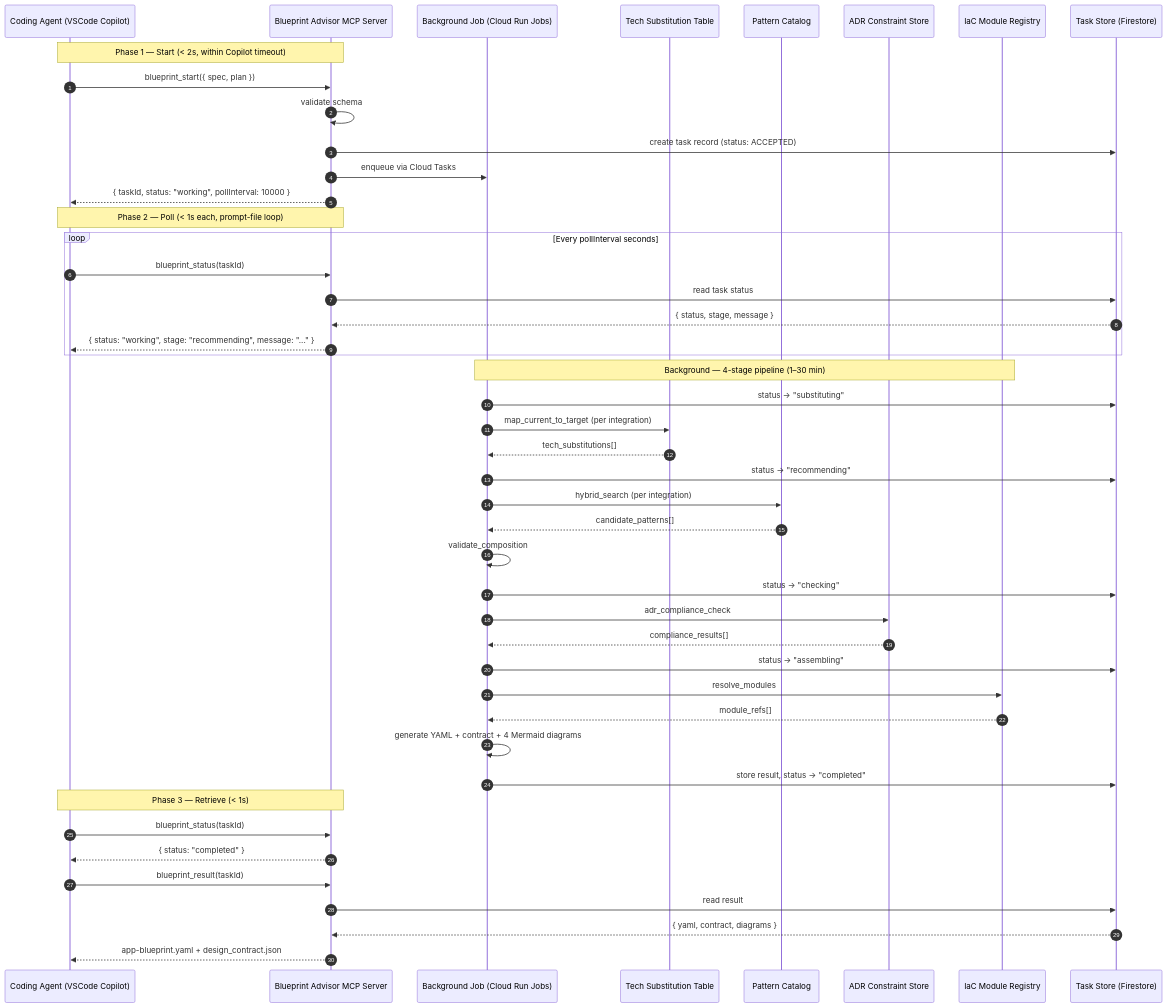
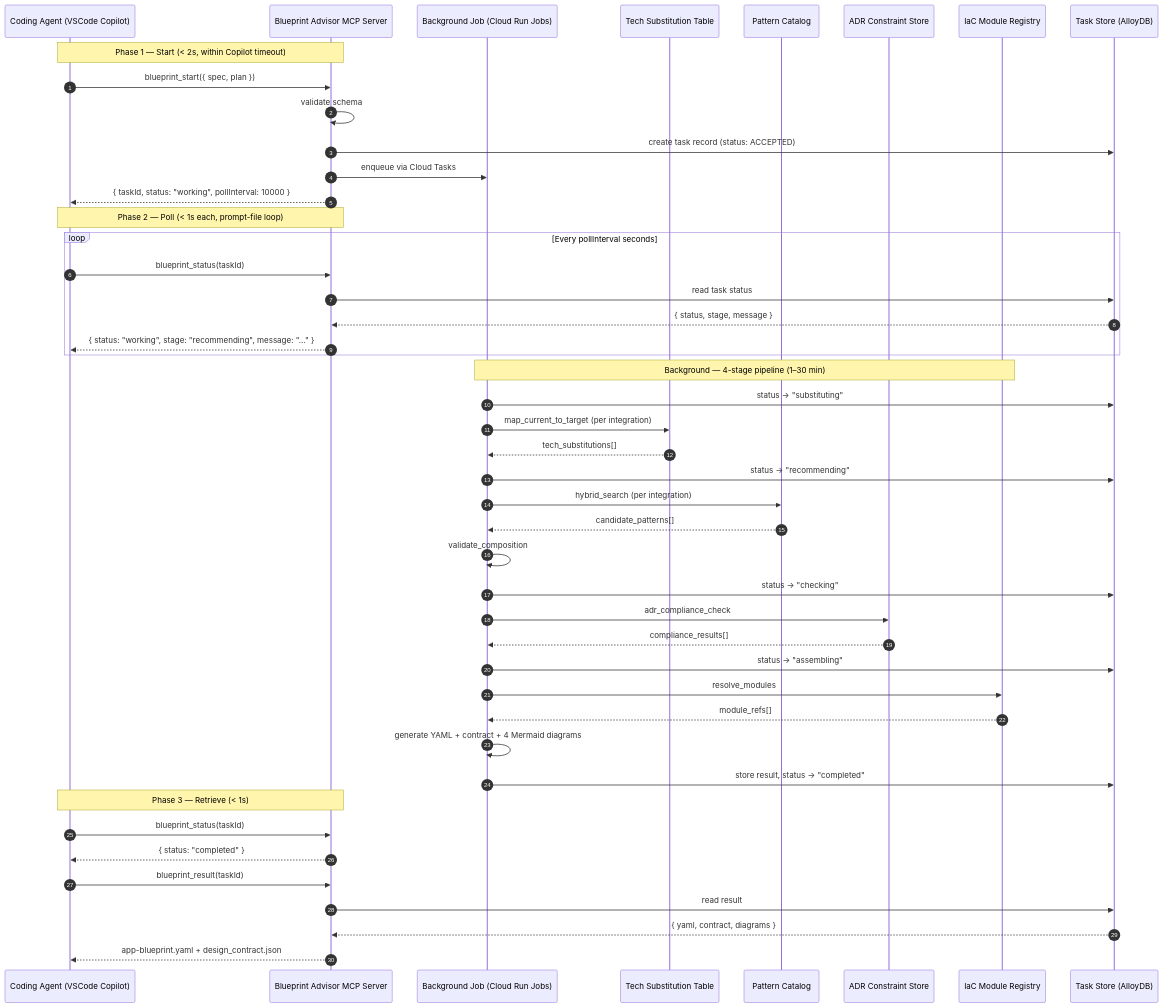
The diagram in csa-tsa-speckit-architecture.md (rnerurkar/engen), drawn with Mermaid before and after one commit. The commit also changed other lines of this file and 5 other files, not shown here.

````diff
--- a/csa-tsa-speckit-architecture.md
+++ b/csa-tsa-speckit-architecture.md
@@ -325,52 +335,52 @@
 ```mermaid
 sequenceDiagram
     autonumber
     participant Agent as Coding Agent (VSCode Copilot)
     participant MCP as Blueprint Advisor MCP Server
     participant BG as Background Job (Cloud Run Jobs)
     participant TS as Tech Substitution Table
     participant PC as Pattern Catalog
     participant ADR as ADR Constraint Store
     participant IAC as IaC Module Registry
-    participant FS as Task Store (Firestore)
+    participant FS as Task Store (AlloyDB)
 
     Note over Agent,MCP: Phase 1 — Start (< 2s, within Copilot timeout)
     Agent->>MCP: blueprint_start({ spec, plan })
     MCP->>MCP: validate schema
     MCP->>FS: create task record (status: ACCEPTED)
     MCP->>BG: enqueue via Cloud Tasks
     MCP-->>Agent: { taskId, status: "working", pollInterval: 10000 }
 
     Note over Agent,MCP: Phase 2 — Poll (< 1s each, prompt-file loop)
     loop Every pollInterval seconds
         Agent->>MCP: blueprint_status(taskId)
         MCP->>FS: read task status
         FS-->>MCP: { status, stage, message }
         MCP-->>Agent: { status: "working", stage: "recommending", message: "..." }
     end
 
     Note over BG,IAC: Background — 4-stage pipeline (1–30 min)
     BG->>FS: status → "substituting"
     BG->>TS: map_current_to_target (per integration)
     TS-->>BG: tech_substitutions[]
     BG->>FS: status → "recommending"
     BG->>PC: hybrid_search (per integration)
     PC-->>BG: candidate_patterns[]
     BG->>BG: validate_composition
     BG->>FS: status → "checking"
     BG->>ADR: adr_compliance_check
     ADR-->>BG: compliance_results[]
     BG->>FS: status → "assembling"
     BG->>IAC: resolve_modules
     IAC-->>BG: module_refs[]
     BG->>BG: generate YAML + contract + 4 Mermaid diagrams
     BG->>FS: store result, status → "completed"
 
     Note over Agent,MCP: Phase 3 — Retrieve (< 1s)
     Agent->>MCP: blueprint_status(taskId)
     MCP-->>Agent: { status: "completed" }
     Agent->>MCP: blueprint_result(taskId)
     MCP->>FS: read result
     FS-->>MCP: { yaml, contract, diagrams }
     MCP-->>Agent: app-blueprint.yaml + design_contract.json
 ```
````
